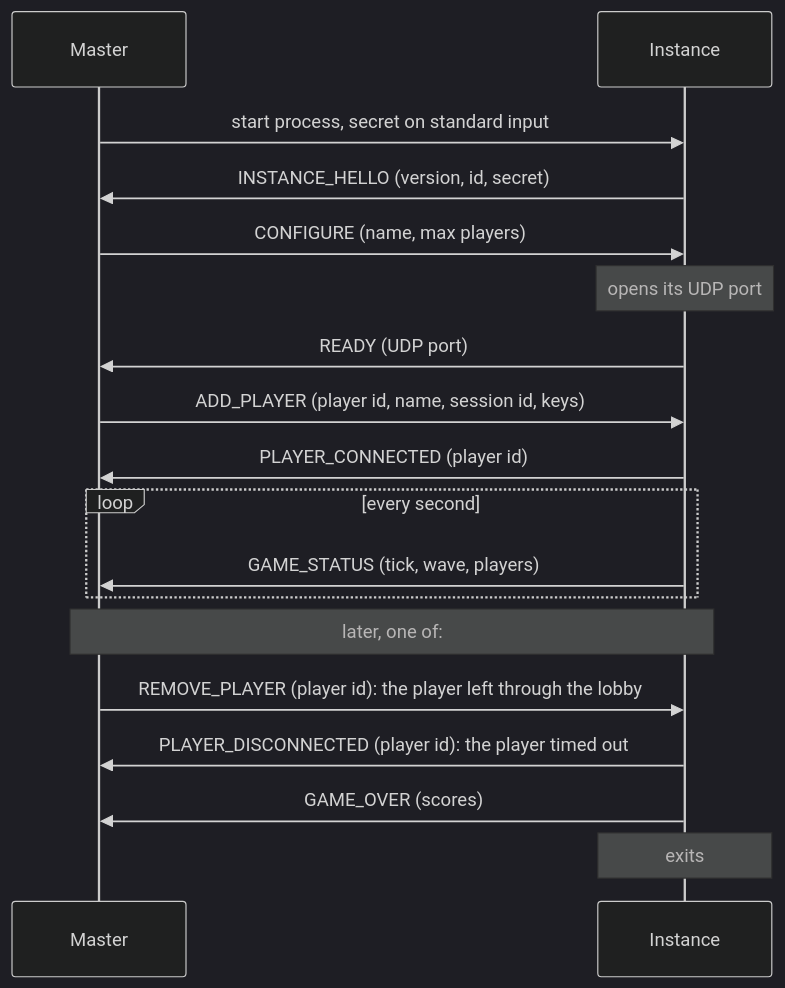
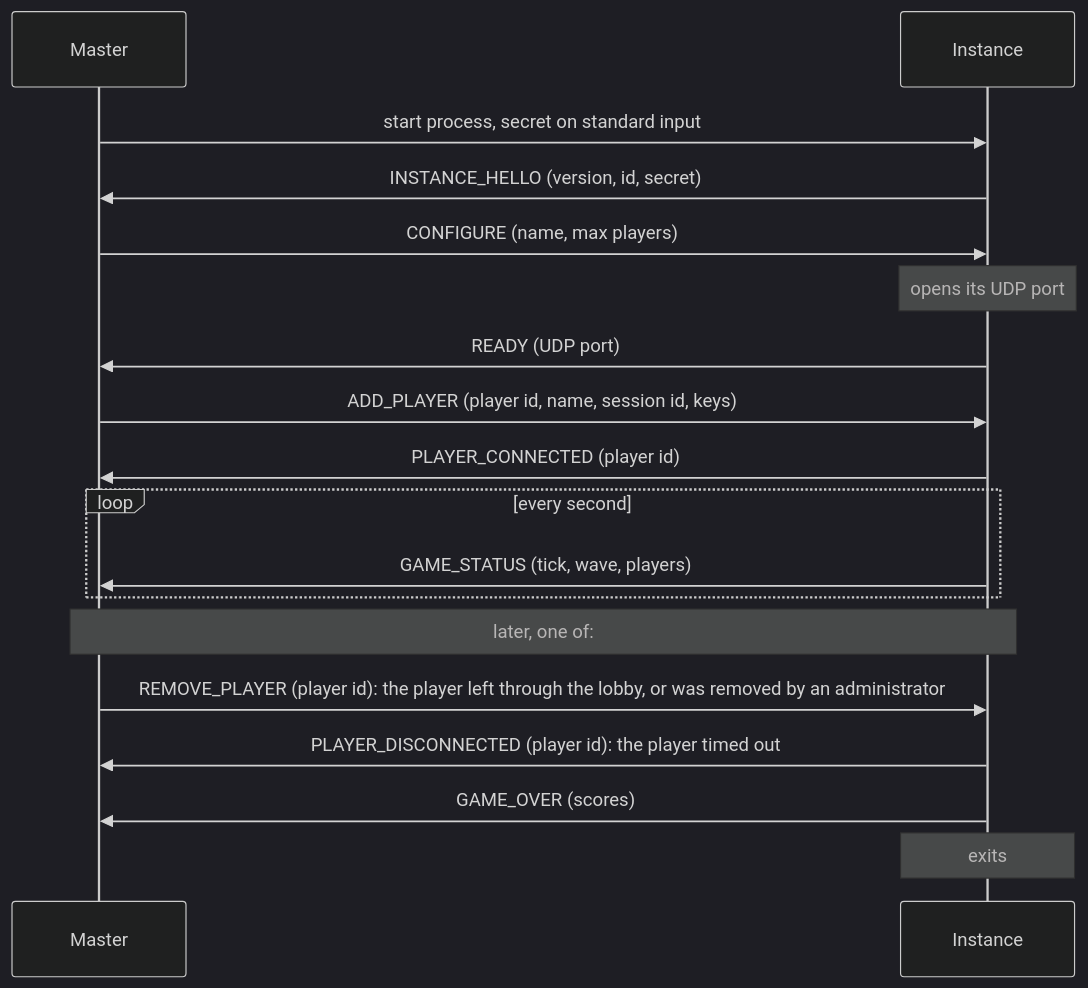
Before and after one commit to Akinator31/Rtype: the diagram in docs/protocol/instances.md, drawn with Mermaid (dark theme). The commit also changed other lines of this file and 3 other files, not shown here.

````diff
--- a/docs/protocol/instances.md
+++ b/docs/protocol/instances.md
@@ -42,20 +43,20 @@
 ```mermaid
 sequenceDiagram
     participant M as Master
     participant I as Instance
     M->>I: start process, secret on standard input
     I->>M: INSTANCE_HELLO (version, id, secret)
     M->>I: CONFIGURE (name, max players)
     Note over I: opens its UDP port
     I->>M: READY (UDP port)
     M->>I: ADD_PLAYER (player id, name, session id, keys)
     I->>M: PLAYER_CONNECTED (player id)
     loop every second
         I->>M: GAME_STATUS (tick, wave, players)
     end
     Note over M,I: later, one of:
-    M->>I: REMOVE_PLAYER (player id): the player left through the lobby
+    M->>I: REMOVE_PLAYER (player id): the player left through the lobby, or was removed by an administrator
     I->>M: PLAYER_DISCONNECTED (player id): the player timed out
     I->>M: GAME_OVER (scores)
     Note over I: exits
 ```
````
